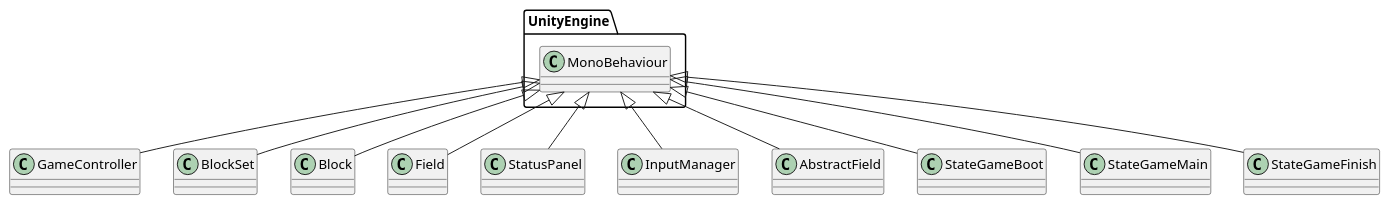
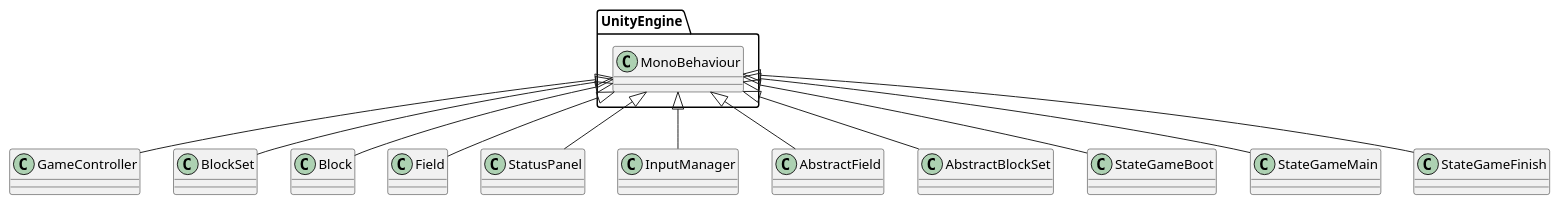
The diagram in Documents/PlantUML/CLD_MonoBehaviour.pu (azarashin/UnityTetris), drawn with PlantUML before and after one commit. The commit also changed 5 other files, not shown here.

Commit message:
インターフェースIBlockSet を廃止し、抽象クラスAbstractBlockSet を追加。

```diff
--- a/Documents/PlantUML/CLD_MonoBehaviour.pu
+++ b/Documents/PlantUML/CLD_MonoBehaviour.pu
@@ -1,14 +1,15 @@
 @startuml
 
 UnityEngine.MonoBehaviour <|-- GameController
 UnityEngine.MonoBehaviour <|-- BlockSet
 UnityEngine.MonoBehaviour <|-- Block
 UnityEngine.MonoBehaviour <|-- Field
 UnityEngine.MonoBehaviour <|-- StatusPanel
 UnityEngine.MonoBehaviour <|-- InputManager
 UnityEngine.MonoBehaviour <|-- AbstractField
+UnityEngine.MonoBehaviour <|-- AbstractBlockSet
 
 UnityEngine.MonoBehaviour <|-- StateGameBoot
 UnityEngine.MonoBehaviour <|-- StateGameMain
 UnityEngine.MonoBehaviour <|-- StateGameFinish
 @enduml
```
